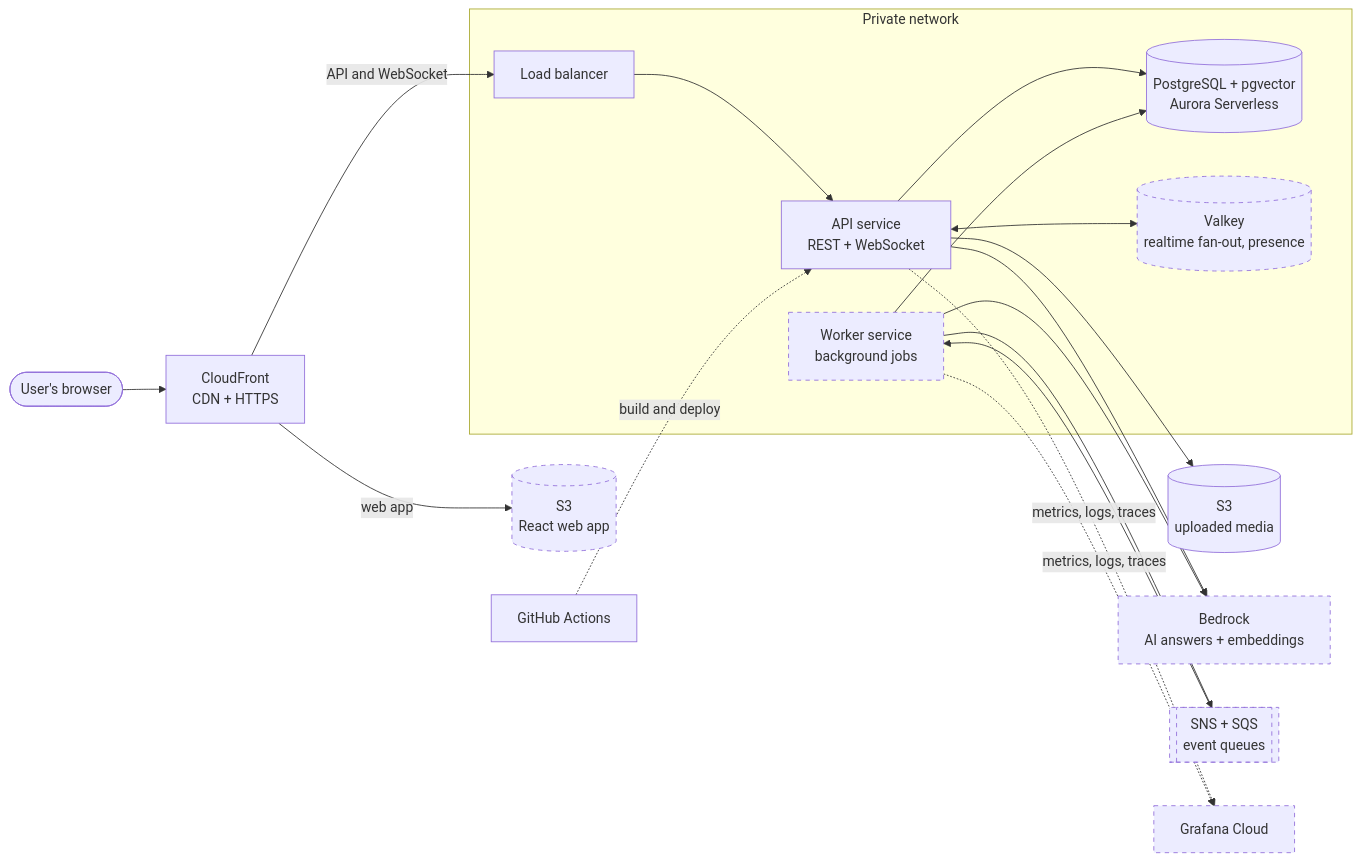
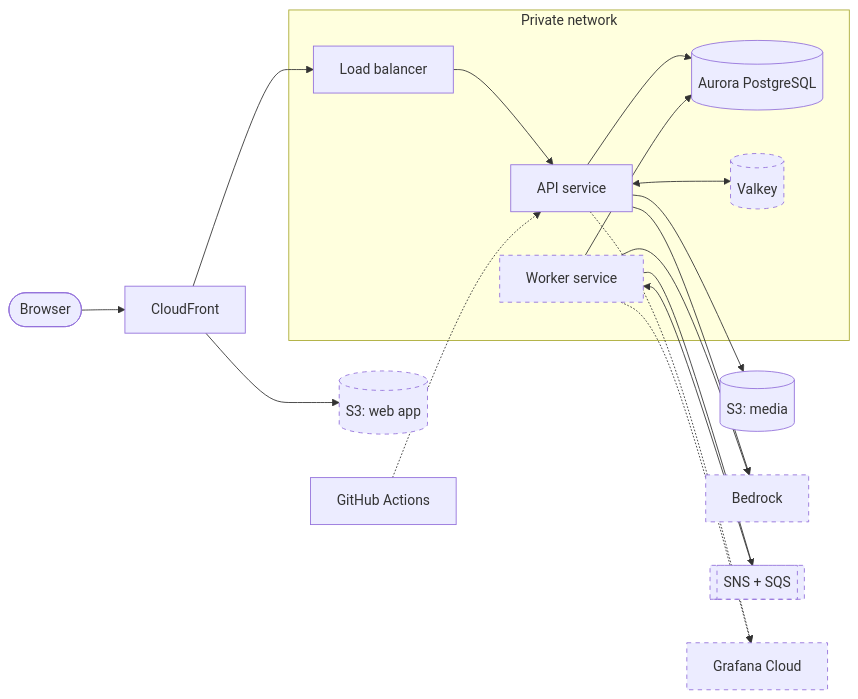
One commit to hinn1411/devcool-core changed the diagram in README.md. Above: the diagram before and after it, drawn with Mermaid. The commit also changed other lines of this file, not shown here.

Commit message:
docs(P2-T12): component names only in the architecture diagram

````diff
--- a/README.md
+++ b/README.md
@@ -145,20 +145,20 @@
 ```mermaid
 flowchart LR
-    user([User's browser]) --> cdn[CloudFront<br/>CDN + HTTPS]
-    cdn -->|web app| spa[(S3<br/>React web app)]
-    cdn -->|API and WebSocket| alb[Load balancer]
+    user([Browser]) --> cdn[CloudFront]
+    cdn --> spa[(S3: web app)]
+    cdn --> alb[Load balancer]
     subgraph private[Private network]
-        alb --> api[API service<br/>REST + WebSocket]
-        api --> db[(PostgreSQL + pgvector<br/>Aurora Serverless)]
-        api <--> cache[(Valkey<br/>realtime fan-out, presence)]
-        worker[Worker service<br/>background jobs] --> db
+        alb --> api[API service]
+        api --> db[(Aurora PostgreSQL)]
+        api <--> cache[(Valkey)]
+        worker[Worker service] --> db
     end
-    api --> media[(S3<br/>uploaded media)]
-    api --> ai[Bedrock<br/>AI answers + embeddings]
-    worker --> events[[SNS + SQS<br/>event queues]] --> worker
+    api --> media[(S3: media)]
+    api --> ai[Bedrock]
+    worker --> events[[SNS + SQS]] --> worker
     worker --> ai
-    api & worker -.->|metrics, logs, traces| obs[Grafana Cloud]
-    ci[GitHub Actions] -.->|build and deploy| api
+    api & worker -.-> obs[Grafana Cloud]
+    ci[GitHub Actions] -.-> api
     classDef planned stroke-dasharray: 5 5
     class spa,cache,worker,events,ai,obs planned
 ```
````
